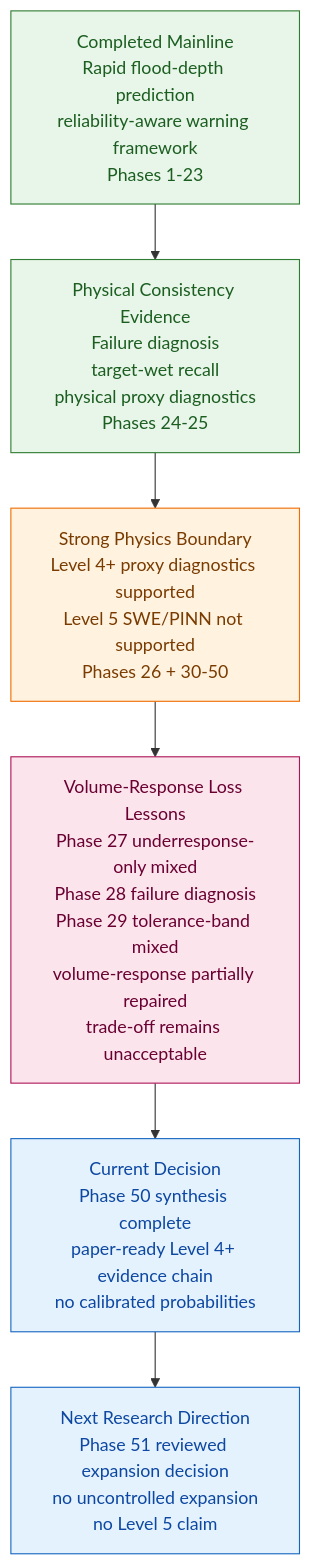
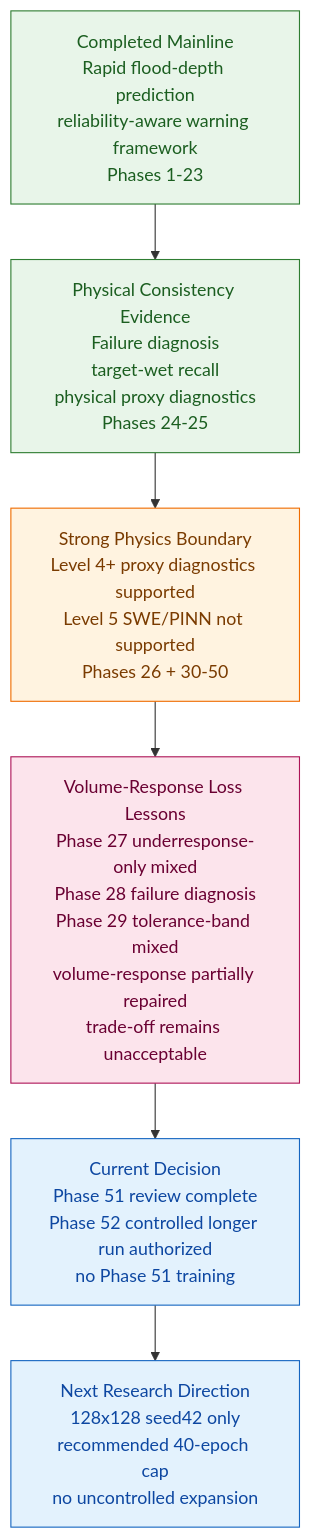
Before and after one commit to HolyLin990604/physics-guided-urban-flood-prediction: the third of 3 diagrams in README.md, drawn with Mermaid. The commit also changed other lines of this file and 2 other files, not shown here.

Commit message:
docs: sync phase51 reviewed expansion decision status

````diff
--- a/README.md
+++ b/README.md
@@ -522,16 +524,16 @@
 ```mermaid
 flowchart TD
     A["Completed Mainline<br/>Rapid flood-depth prediction<br/>reliability-aware warning framework<br/>Phases 1-23"]:::completed
     B["Physical Consistency Evidence<br/>Failure diagnosis<br/>target-wet recall<br/>physical proxy diagnostics<br/>Phases 24-25"]:::completed
     C["Strong Physics Boundary<br/>Level 4+ proxy diagnostics supported<br/>Level 5 SWE/PINN not supported<br/>Phases 26 + 30-50"]:::boundary
     D["Volume-Response Loss Lessons<br/>Phase 27 underresponse-only mixed<br/>Phase 28 failure diagnosis<br/>Phase 29 tolerance-band mixed<br/>volume-response partially repaired<br/>trade-off remains unacceptable"]:::diagnosis
-    E["Current Decision<br/>Phase 50 synthesis complete<br/>paper-ready Level 4+ evidence chain<br/>no calibrated probabilities"]:::current
-    F["Next Research Direction<br/>Phase 51 reviewed expansion decision<br/>no uncontrolled expansion<br/>no Level 5 claim"]:::current
+    E["Current Decision<br/>Phase 51 review complete<br/>Phase 52 controlled longer run authorized<br/>no Phase 51 training"]:::current
+    F["Next Research Direction<br/>128x128 seed42 only<br/>recommended 40-epoch cap<br/>no uncontrolled expansion"]:::current
 
     A --> B --> C --> D --> E --> F
 
     classDef completed fill:#e8f5e9,stroke:#2e7d32,color:#1b5e20
     classDef boundary fill:#fff3e0,stroke:#ef6c00,color:#7a3b00
     classDef diagnosis fill:#fce4ec,stroke:#ad1457,color:#6a0032
     classDef current fill:#e3f2fd,stroke:#1565c0,color:#0d47a1
 ```
````
